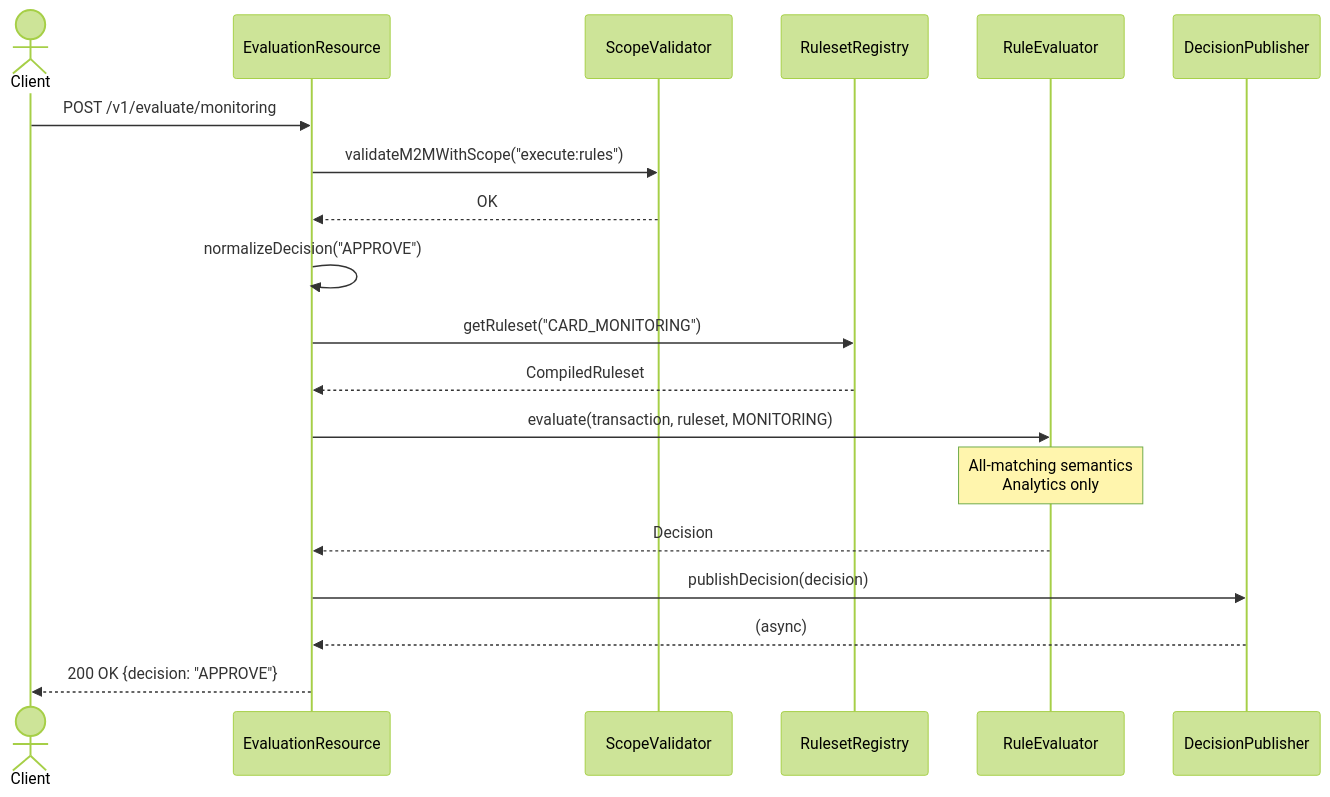
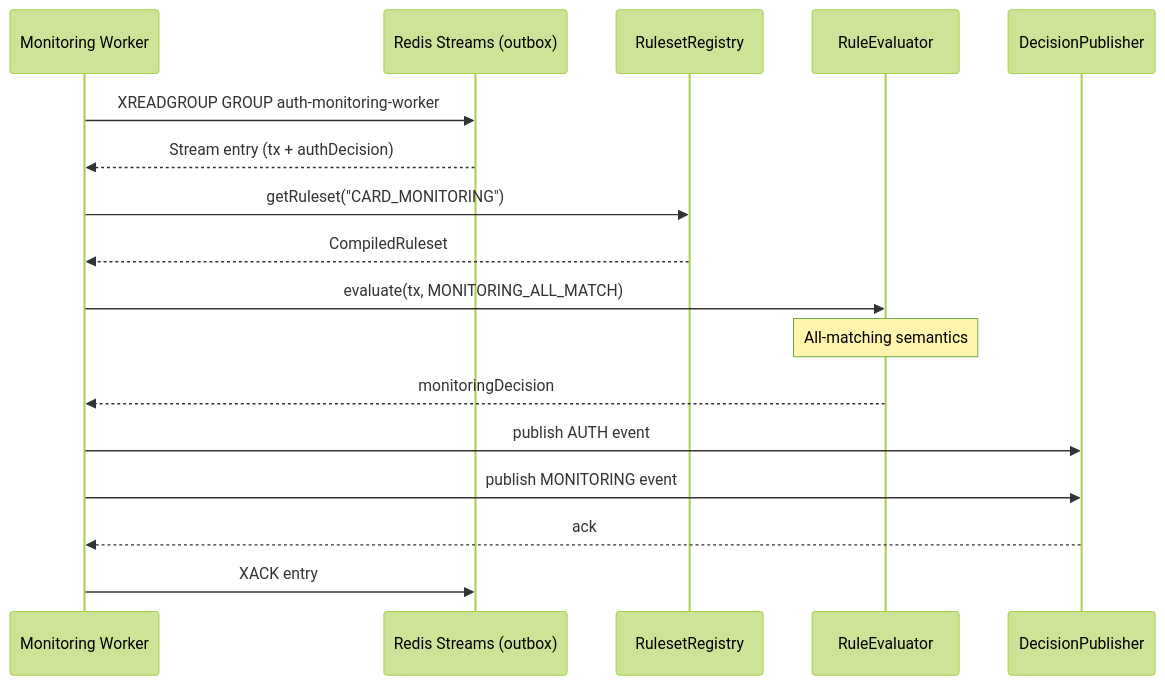
One commit to fraud-platform/card-fraud-rule-engine changed the fifth of 7 diagrams in docs/02-development/architecture.md. Above: the diagram before and after it, drawn with Mermaid (forest theme). The commit also changed other lines of this file and 132 other files, not shown here.

Commit message:
perf: checkpoint auth-only tuning, async durability, and split planning

````diff
--- a/docs/02-development/architecture.md
+++ b/docs/02-development/architecture.md
@@ -331,27 +325,23 @@
 ```mermaid
 sequenceDiagram
-    actor Client
-    participant API as EvaluationResource
-    participant Auth as ScopeValidator
+    participant Worker as Monitoring Worker
+    participant Redis as Redis Streams (outbox)
     participant Registry as RulesetRegistry
     participant Evaluator as RuleEvaluator
     participant Kafka as DecisionPublisher
 
-    Client->>API: POST /v1/evaluate/monitoring
-    API->>Auth: validateM2MWithScope("execute:rules")
-    Auth-->>API: OK
+    Worker->>Redis: XREADGROUP GROUP auth-monitoring-worker
+    Redis-->>Worker: Stream entry (tx + authDecision)
 
-    API->>API: normalizeDecision("APPROVE")
-    API->>Registry: getRuleset("CARD_MONITORING")
-    Registry-->>API: CompiledRuleset
+    Worker->>Registry: getRuleset("CARD_MONITORING")
+    Registry-->>Worker: CompiledRuleset
 
-    API->>Evaluator: evaluate(transaction, ruleset, MONITORING)
-    Note over Evaluator: All-matching semantics<br/>Analytics only
+    Worker->>Evaluator: evaluate(tx, MONITORING_ALL_MATCH)
+    Note over Evaluator: All-matching semantics
 
-    Evaluator-->>API: Decision
-
-    API->>Kafka: publishDecision(decision)
-    Kafka-->>API: (async)
-
-    API-->>Client: 200 OK {decision: "APPROVE"}
+    Evaluator-->>Worker: monitoringDecision
+    Worker->>Kafka: publish AUTH event
+    Worker->>Kafka: publish MONITORING event
+    Kafka-->>Worker: ack
+    Worker->>Redis: XACK entry
 ```
````
